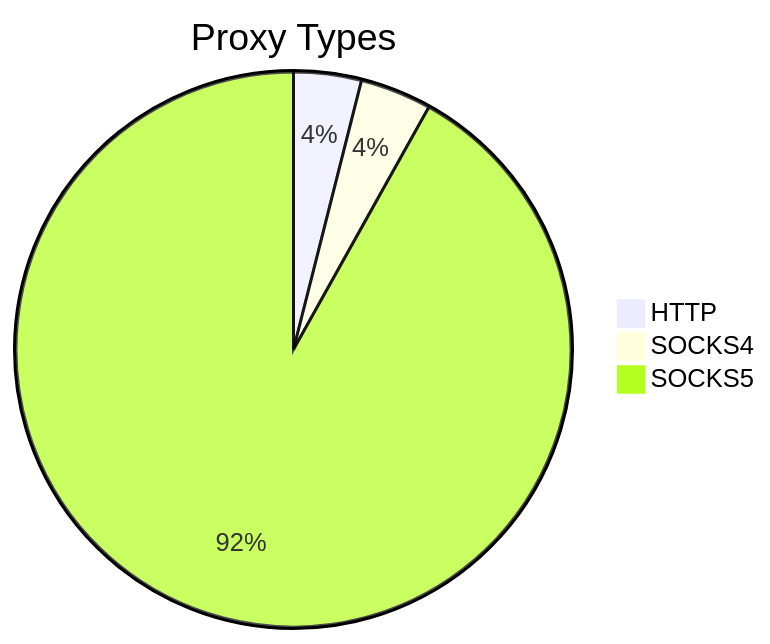
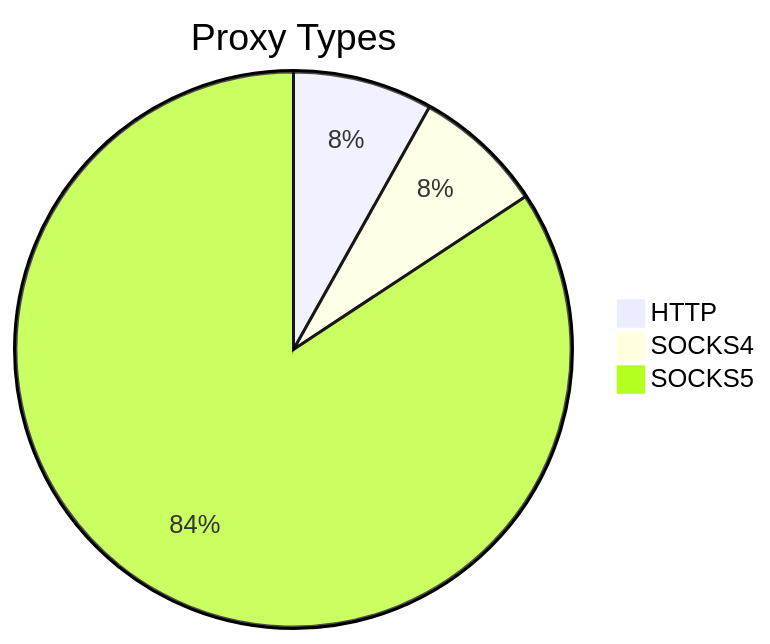
The first of 2 diagrams in README.md (stormsia/proxy-list), drawn with Mermaid before and after one commit. The commit also changed other lines of this file, not shown here.

````diff
--- a/README.md
+++ b/README.md
@@ -21,6 +21,6 @@
 ```mermaid
 pie title Proxy Types
-    "HTTP" : 71
-    "SOCKS4" : 75
-    "SOCKS5" : 1655
+    "HTTP" : 225
+    "SOCKS4" : 210
+    "SOCKS5" : 2332
 ```
````
